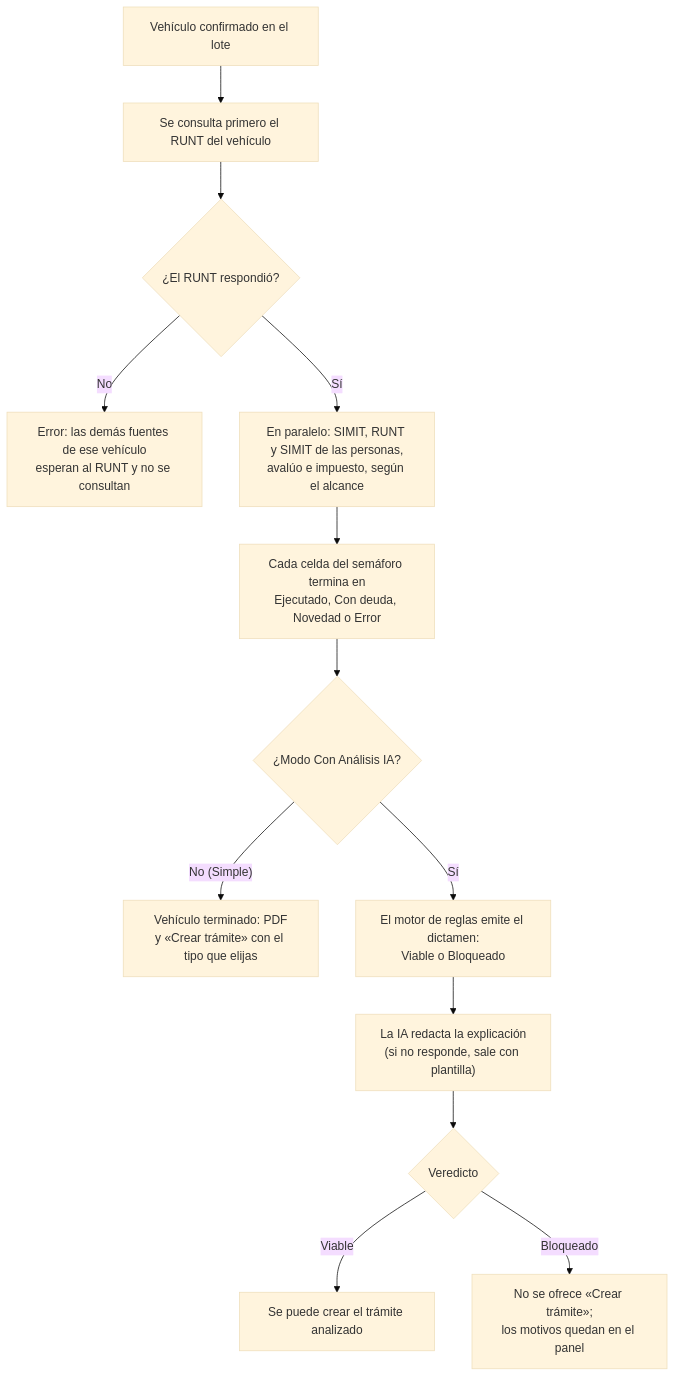
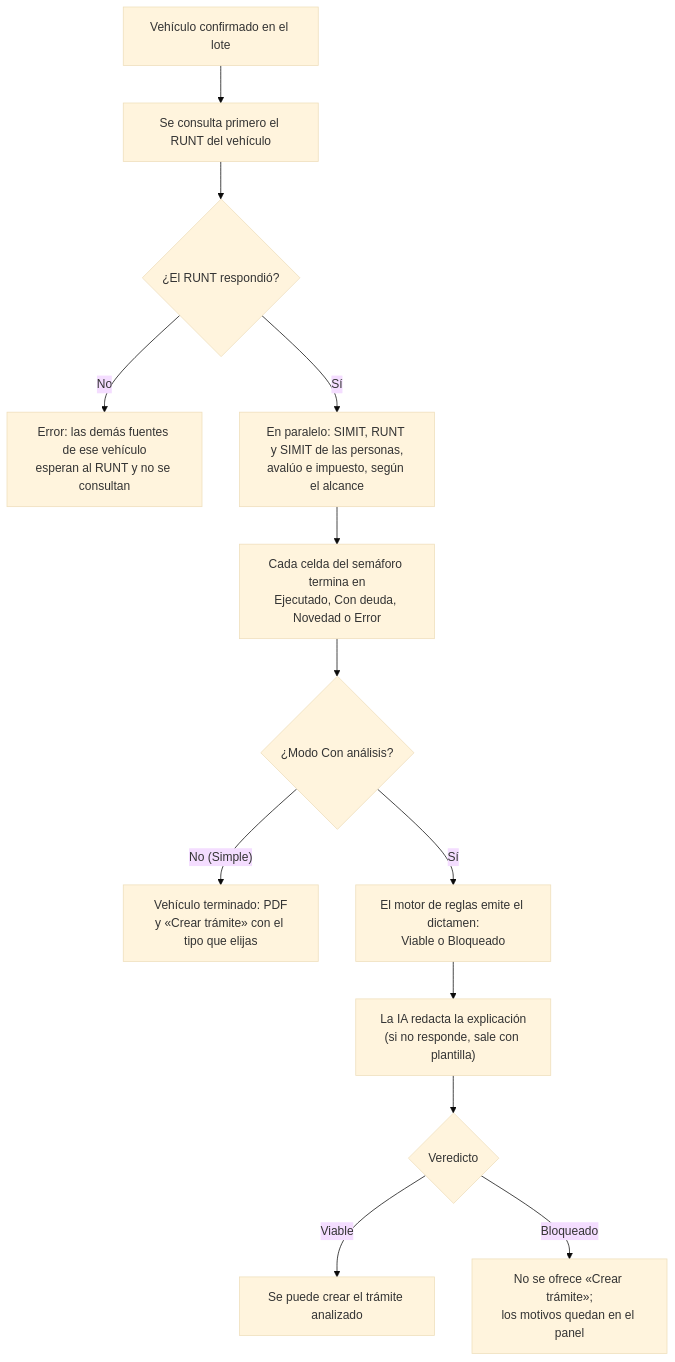
Before and after one commit to flitsas/flit: the diagram in frontend/lib/manual/diagrams/flujo-diagnostico-consulta-dictamen.mmd, drawn with Mermaid (base theme). The commit also changed 10 other files, not shown here.

Commit message:
AJUSTE: diagramas y manual de Diagnóstico con «Con análisis» y explicación de «Sin análisis» (review del carril)

```diff
--- a/frontend/lib/manual/diagrams/flujo-diagnostico-consulta-dictamen.mmd
+++ b/frontend/lib/manual/diagrams/flujo-diagnostico-consulta-dictamen.mmd
@@ -1,13 +1,13 @@
 flowchart TD
     A["Vehículo confirmado en el lote"] --> B["Se consulta primero el RUNT del vehículo"]
     B --> C{"¿El RUNT respondió?"}
     C -- "No" --> D["Error: las demás fuentes de ese vehículo\nesperan al RUNT y no se consultan"]
     C -- "Sí" --> E["En paralelo: SIMIT, RUNT y SIMIT de las personas,\navalúo e impuesto, según el alcance"]
     E --> F["Cada celda del semáforo termina en\nEjecutado, Con deuda, Novedad o Error"]
-    F --> G{"¿Modo Con Análisis IA?"}
+    F --> G{"¿Modo Con análisis?"}
     G -- "No (Simple)" --> H["Vehículo terminado: PDF\ny «Crear trámite» con el tipo que elijas"]
     G -- "Sí" --> I["El motor de reglas emite el dictamen:\nViable o Bloqueado"]
     I --> J["La IA redacta la explicación\n(si no responde, sale con plantilla)"]
     J --> K{"Veredicto"}
     K -- "Viable" --> L["Se puede crear el trámite analizado"]
     K -- "Bloqueado" --> M["No se ofrece «Crear trámite»;\nlos motivos quedan en el panel"]
```
